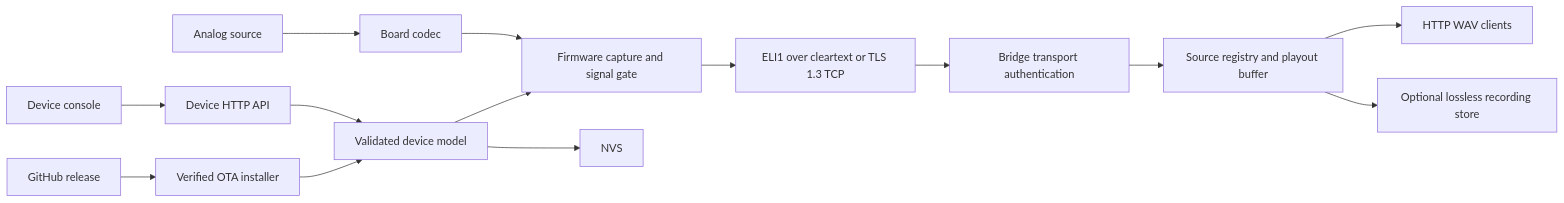
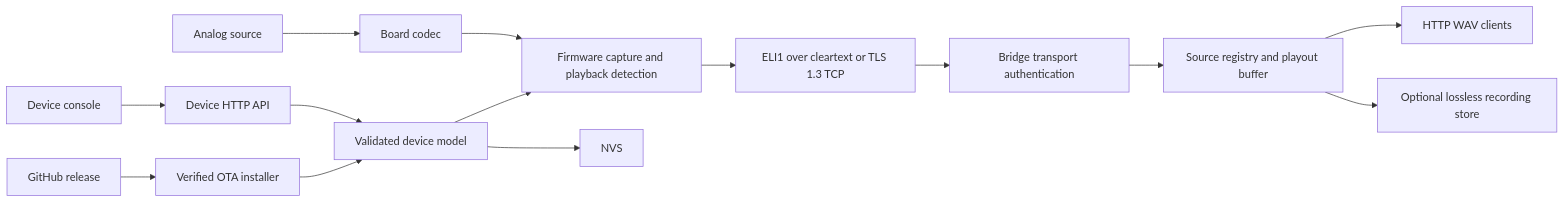
One commit to lutyjj/esp32-streamline changed the first of 2 diagrams in docs/architecture.md. Above: the diagram before and after it, drawn with Mermaid. The commit also changed other lines of this file and 21 other files, not shown here.

First line of the commit message:
fix(firmware): keep PCM flowing through quiet input

````diff
--- a/docs/architecture.md
+++ b/docs/architecture.md
@@ -9,18 +9,18 @@
 ```mermaid
 flowchart LR
   input["Analog source"] --> codec["Board codec"]
-  codec --> capture["Firmware capture and signal gate"]
+  codec --> capture["Firmware capture and playback detection"]
   capture --> tcp["ELI1 over cleartext or TLS 1.3 TCP"]
   tcp --> auth["Bridge transport authentication"]
   auth --> bridge["Source registry and playout buffer"]
   bridge --> wav["HTTP WAV clients"]
   bridge --> recording["Optional lossless recording store"]
 
   browser["Device console"] --> api["Device HTTP API"]
   api --> config["Validated device model"]
   config --> nvs["NVS"]
   config --> capture
 
   release["GitHub release"] --> ota["Verified OTA installer"]
   ota --> config
 ```
````
